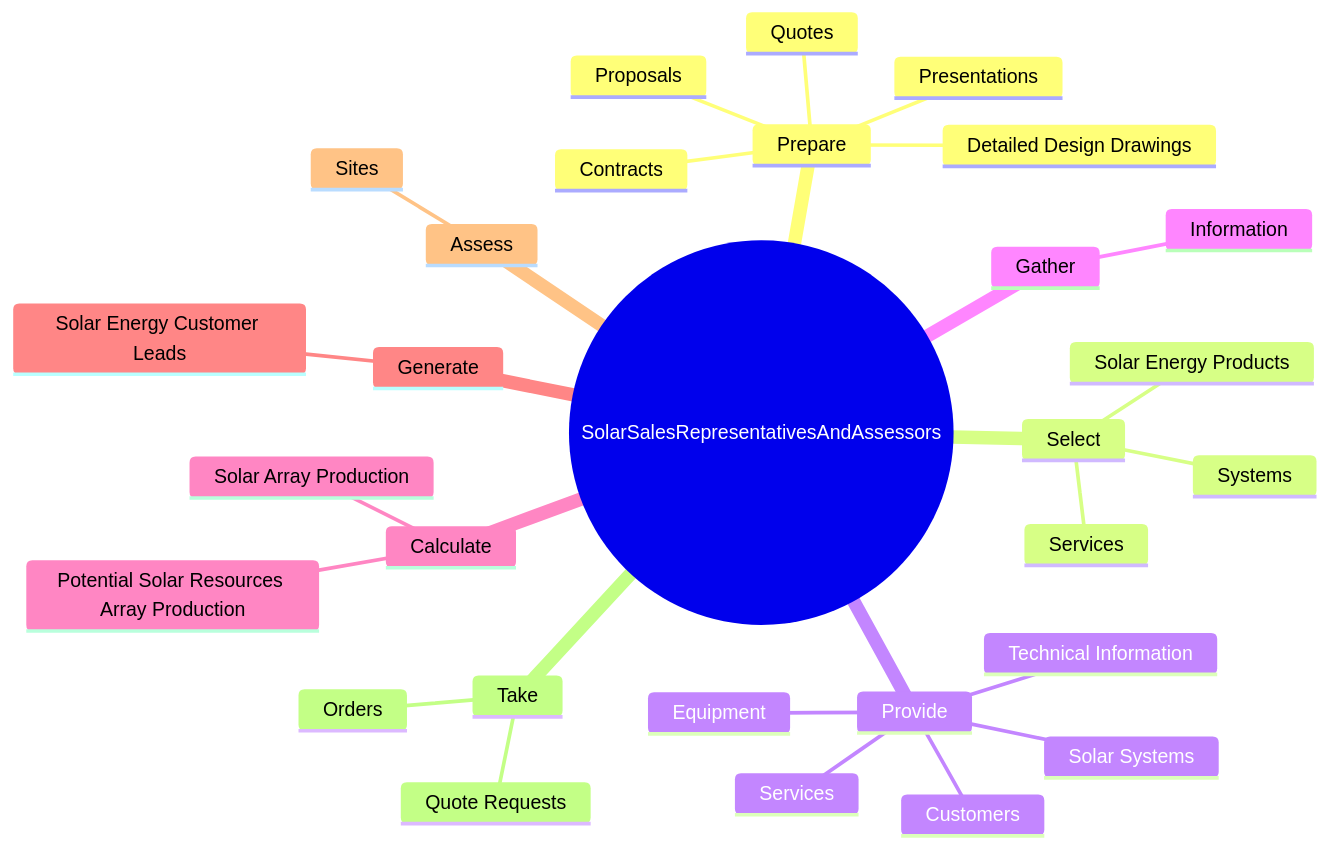
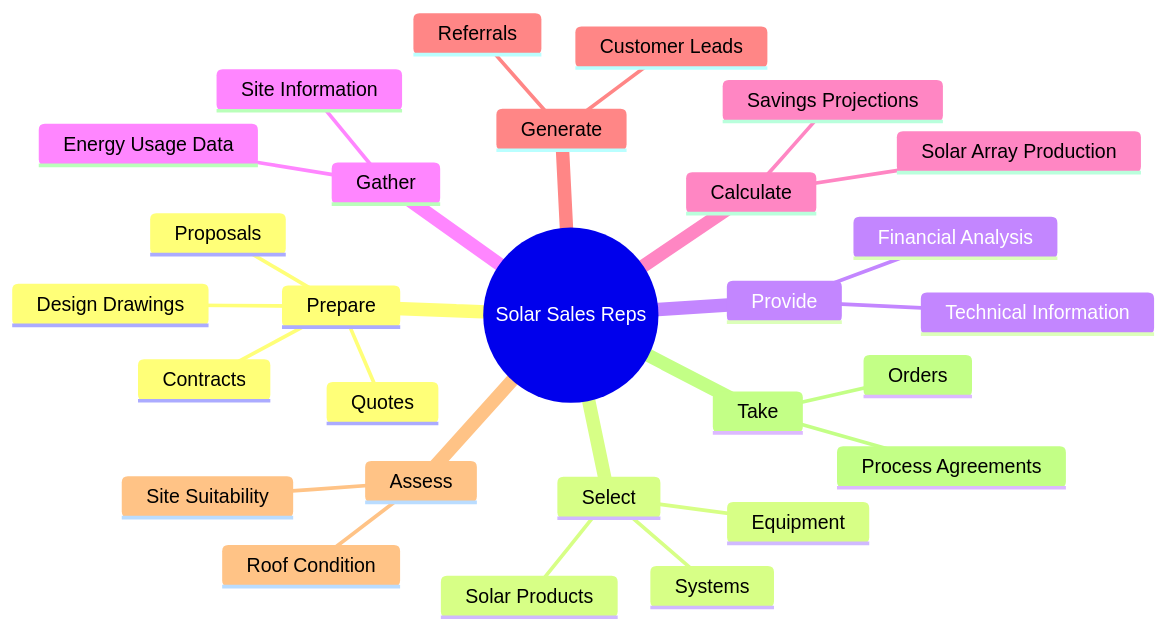
Before and after one commit to kziemski/business.org.ai: the second of 4 diagrams in occupations/Sales/SolarSalesRepresentativesAndAssessors.mdx, drawn with Mermaid. The commit also changed other lines of this file and 938 other files, not shown here.

````diff
--- a/occupations/Sales/SolarSalesRepresentativesAndAssessors.mdx
+++ b/occupations/Sales/SolarSalesRepresentativesAndAssessors.mdx
@@ -38,32 +46,31 @@
 ```mermaid
 mindmap
-    root(("SolarSalesRepresentativesAndAssessors"))
+    root(("Solar Sales Reps"))
         Prepare
             Proposals
             Quotes
             Contracts
-            Presentations
-            Detailed Design Drawings
+            Design Drawings
         Select
-            Solar Energy Products
+            Solar Products
             Systems
-            Services
+            Equipment
         Provide
-            Customers
             Technical Information
-            Solar Systems
-            Equipment
-            Services
+            Financial Analysis
         Gather
-            Information
+            Site Information
+            Energy Usage Data
         Calculate
-            Potential Solar Resources Array Production
             Solar Array Production
+            Savings Projections
         Generate
-            Solar Energy Customer Leads
+            Customer Leads
+            Referrals
         Assess
-            Sites
+            Site Suitability
+            Roof Condition
         Take
-            Quote Requests
             Orders
+            Process Agreements
 ```
````
